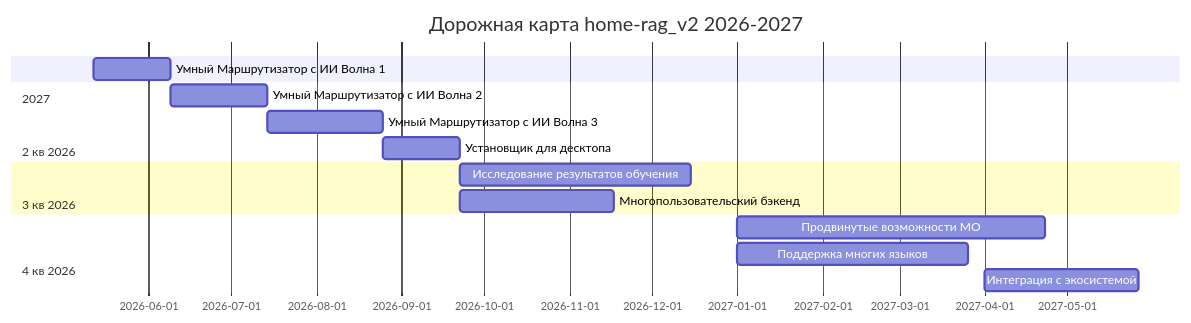
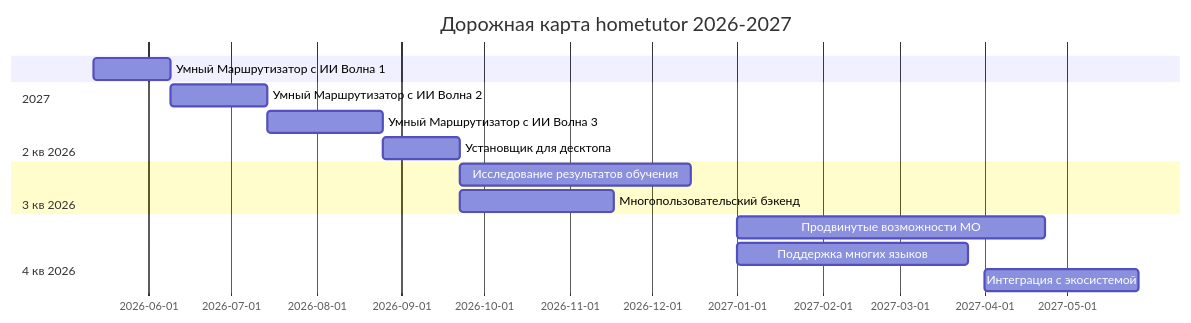
One commit to ktolmachov/hometutor-studio changed the fifth of 5 diagrams in doc/presentations/defense_presentation_v2.md. Above: the diagram before and after it, drawn with Mermaid. The commit also changed other lines of this file and 119 other files, not shown here.

````diff
--- a/doc/presentations/defense_presentation_v2.md
+++ b/doc/presentations/defense_presentation_v2.md
@@ -1387,18 +1387,18 @@
 ```mermaid
 gantt
-    title Дорожная карта home-rag_v2 2026-2027
+    title Дорожная карта hometutor 2026-2027
     dateFormat YYYY-MM-DD
     section 2 кв 2026
     Умный Маршрутизатор с ИИ Волна 1    :ai1, 2026-05-12, 4w
     section 3 кв 2026
     Умный Маршрутизатор с ИИ Волна 2    :ai2, after ai1, 5w
     Умный Маршрутизатор с ИИ Волна 3    :ai3, after ai2, 6w
     Установщик для десктопа       :di, after ai3, 4w
     section 4 кв 2026
     Исследование результатов обучения :los, after di, 12w
     Многопользовательский бэкенд      :mub, after di, 8w
     section 2027
     Продвинутые возможности МО    :aml, 2027-01-01, 16w
     Поддержка многих языков    :ml, 2027-01-01, 12w
     Интеграция с экосистемой   :ei, 2027-04-01, 8w
 ```
````
